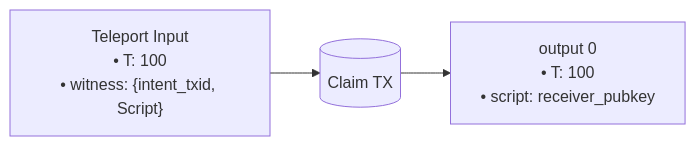
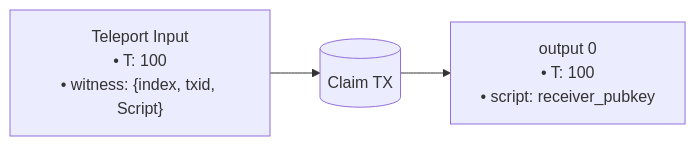
The tenth of 13 diagrams in Arkade-Assets-Documentation.md (ArkLabsHQ/arkade-assets), drawn with Mermaid before and after one commit. The commit also changed other lines of this file and 2 other files, not shown here.

Commit message:
refactor: update teleport input structure to use lockup transaction details and improve documentation

````diff
--- a/Arkade-Assets-Documentation.md
+++ b/Arkade-Assets-Documentation.md
@@ -1254,7 +1260,7 @@
 ```mermaid
 flowchart LR
   ClaimTX[(Claim TX)]
-  i_teleport["Teleport Input<br/>• T: 100<br/>• witness: {intent_txid, Script}"] --> ClaimTX
+  i_teleport["Teleport Input<br/>• T: 100<br/>• witness: {index, txid, Script}"] --> ClaimTX
   ClaimTX --> o0["output 0<br/>• T: 100<br/>• script: receiver_pubkey"]
 
 ```
````
